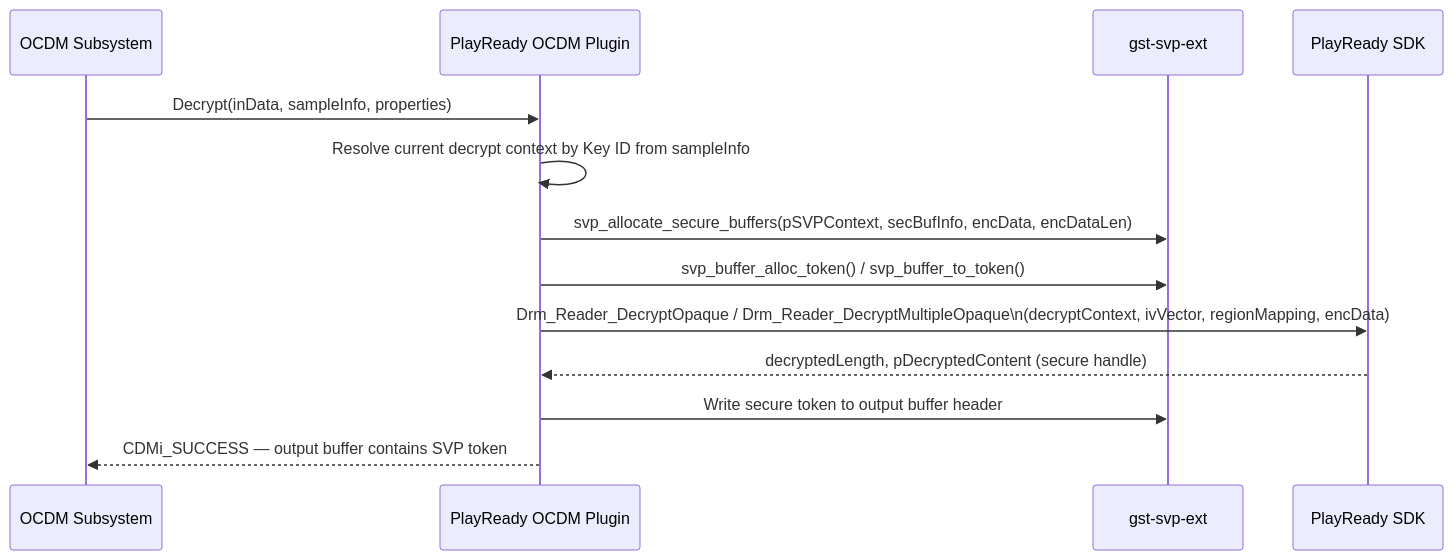
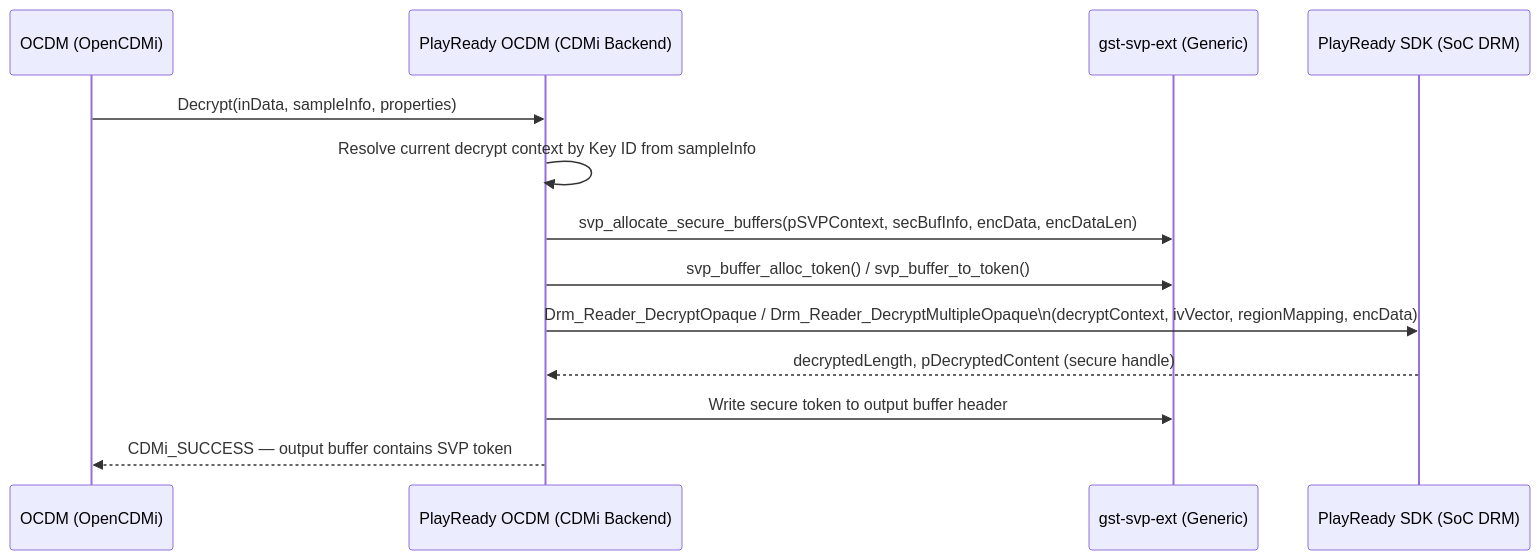
Before and after one commit to rns21/RDK_Documentation: the sixth of 8 diagrams in docs/docu/RDKV-Documentations/playready-ocdm.md, drawn with Mermaid. The commit also changed other lines of this file, not shown here.

First line of the commit message:
Revise PlayReady OCDM documentation

````diff
--- a/docs/docu/RDKV-Documentations/playready-ocdm.md
+++ b/docs/docu/RDKV-Documentations/playready-ocdm.md
@@ -264,16 +270,16 @@
 ```mermaid
 sequenceDiagram
-    participant OCDM as OCDM Subsystem
-    participant PR as PlayReady OCDM Plugin
-    participant SVP as gst-svp-ext
-    participant PRSDK as PlayReady SDK
+    participant OCDM as OCDM (OpenCDMi)
+    participant PR as PlayReady OCDM (CDMi Backend)
+    participant SVP as gst-svp-ext (Generic)
+    participant PRSDK as PlayReady SDK (SoC DRM)
 
     OCDM->>PR: Decrypt(inData, sampleInfo, properties)
     PR->>PR: Resolve current decrypt context by Key ID from sampleInfo
     PR->>SVP: svp_allocate_secure_buffers(pSVPContext, secBufInfo, encData, encDataLen)
     PR->>SVP: svp_buffer_alloc_token() / svp_buffer_to_token()
     PR->>PRSDK: Drm_Reader_DecryptOpaque / Drm_Reader_DecryptMultipleOpaque\n(decryptContext, ivVector, regionMapping, encData)
     PRSDK-->>PR: decryptedLength, pDecryptedContent (secure handle)
     PR->>SVP: Write secure token to output buffer header
     PR-->>OCDM: CDMi_SUCCESS — output buffer contains SVP token
 ```
````
